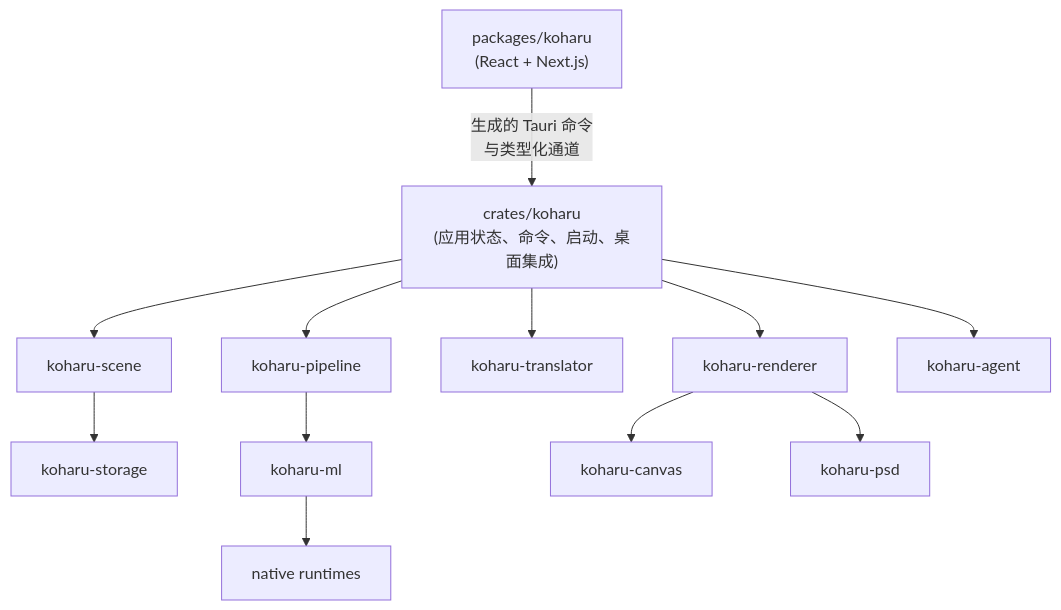
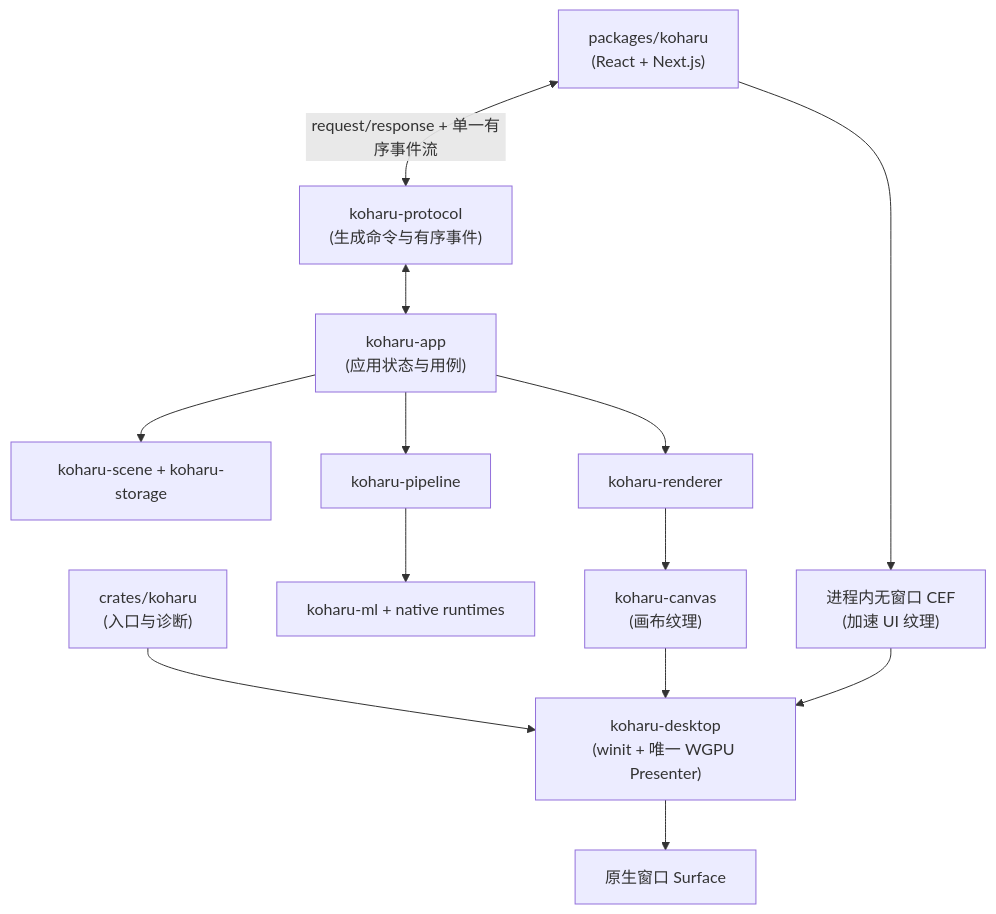
The diagram in docs/zh-CN/development/architecture.md (mayocream/koharu), drawn with Mermaid before and after one commit. The commit also changed other lines of this file and 162 other files, not shown here.

Commit message:
refactor: use CEF to replace Tauri

````diff
--- a/docs/zh-CN/development/architecture.md
+++ b/docs/zh-CN/development/architecture.md
@@ -10,24 +10,25 @@
 ```mermaid
 flowchart TB
   frontend["packages/koharu<br/>(React + Next.js)"]
-  app["crates/koharu<br/>(应用状态、命令、启动、桌面集成)"]
-  scene["koharu-scene"]
-  storage["koharu-storage"]
+  protocol["koharu-protocol<br/>(生成命令与有序事件)"]
+  entry["crates/koharu<br/>(入口与诊断)"]
+  app["koharu-app<br/>(应用状态与用例)"]
+  scene["koharu-scene + koharu-storage"]
   pipeline["koharu-pipeline"]
-  ml["koharu-ml"]
-  native["native runtimes"]
-  translator["koharu-translator"]
+  ml["koharu-ml + native runtimes"]
   renderer["koharu-renderer"]
-  canvas["koharu-canvas"]
-  psd["koharu-psd"]
-  agent["koharu-agent"]
+  canvas["koharu-canvas<br/>(画布纹理)"]
+  cef["进程内无窗口 CEF<br/>(加速 UI 纹理)"]
+  desktop["koharu-desktop<br/>(winit + 唯一 WGPU Presenter)"]
+  surface["原生窗口 Surface"]
 
-  frontend -->|"生成的 Tauri 命令<br/>与类型化通道"| app
-  app --> scene --> storage
-  app --> pipeline --> ml --> native
-  app --> translator
-  app --> renderer
-  renderer --> canvas
-  renderer --> psd
-  app --> agent
+  entry --> desktop
+  frontend <-->|"request/response + 单一有序事件流"| protocol
+  protocol <--> app
+  app --> scene
+  app --> pipeline --> ml
+  app --> renderer --> canvas
+  frontend --> cef
+  cef --> desktop
+  canvas --> desktop --> surface
 ```
````
